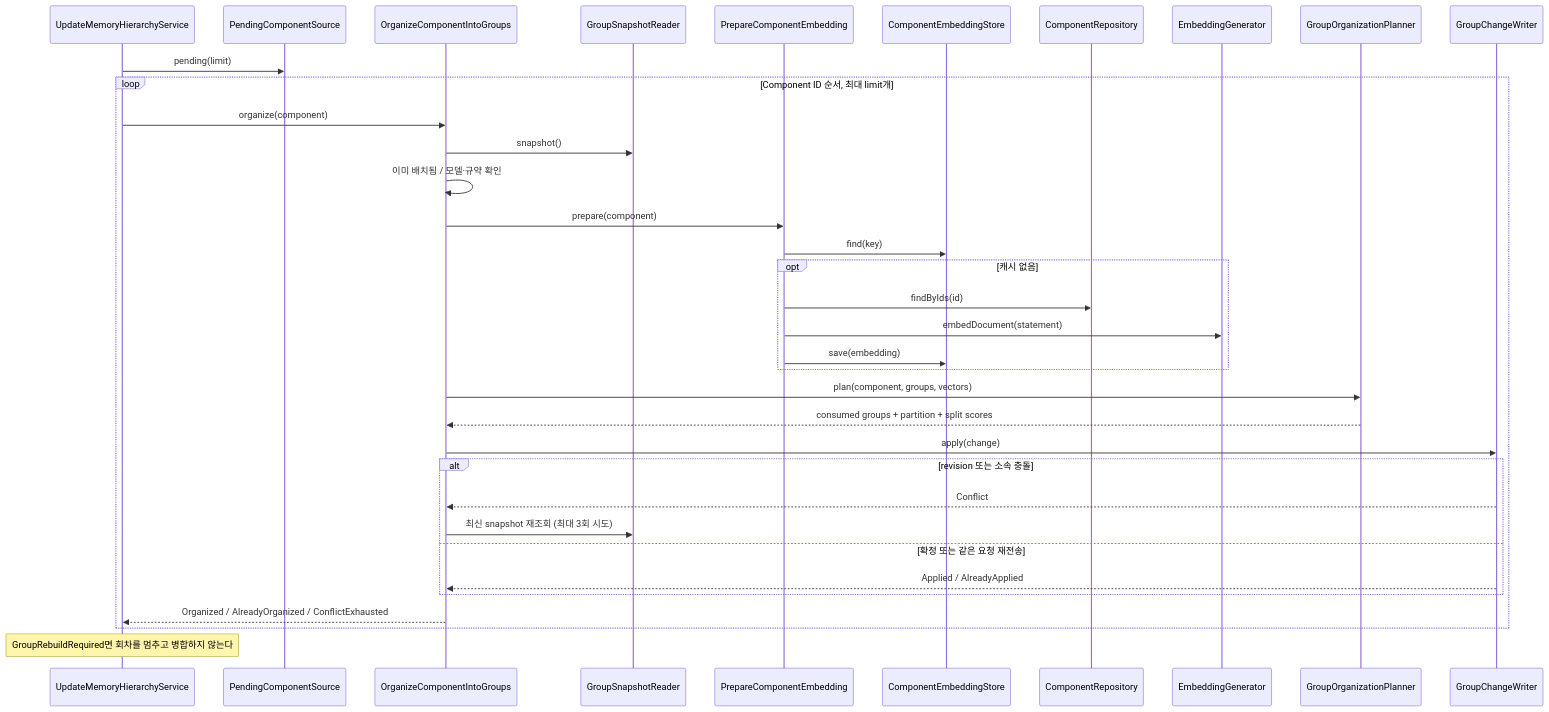
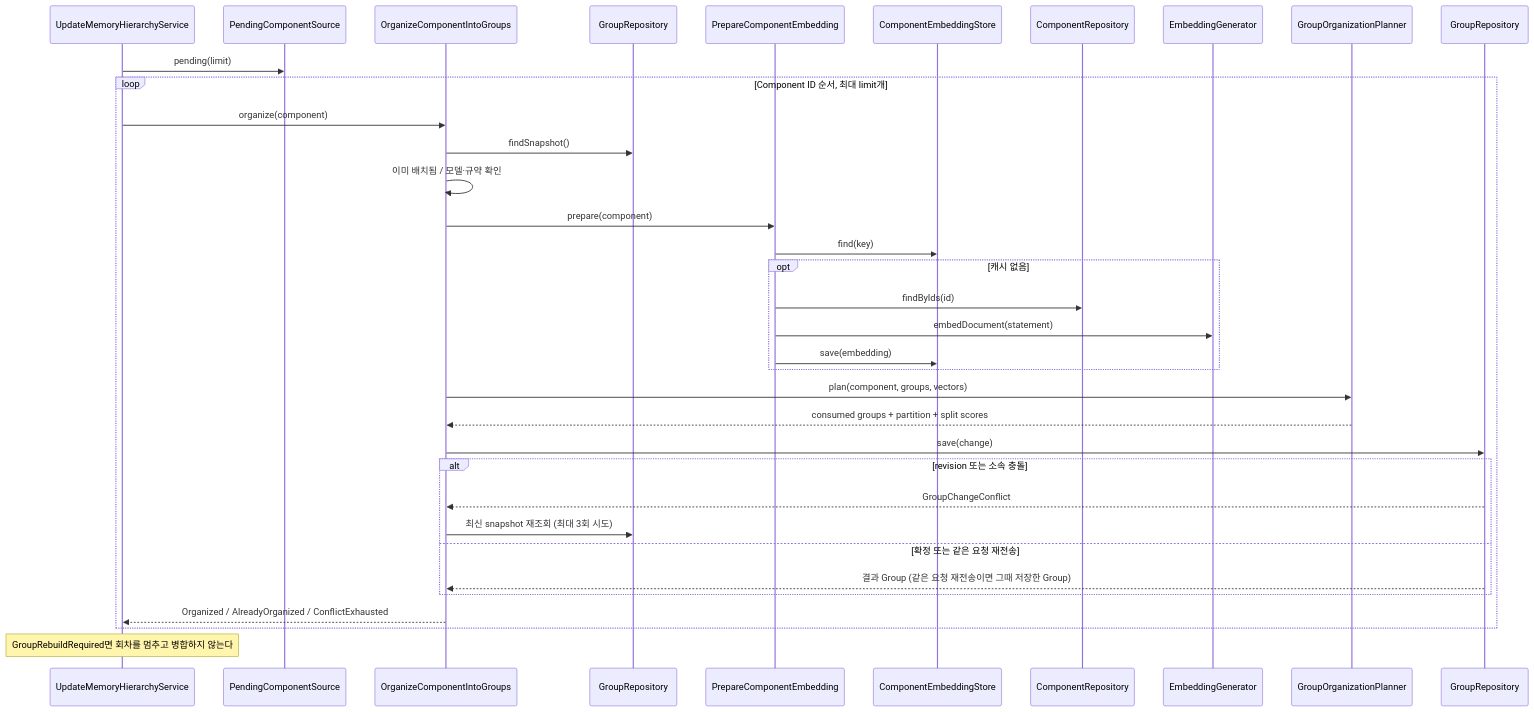
One commit to magenta1223/home_assistant changed the diagram in application/src/main/kotlin/com/homeassistant/application/usecase/memoryextraction/group/README.md. Above: the diagram before and after it, drawn with Mermaid. The commit also changed 19 other files, not shown here.

First line of the commit message:
refactor: Merge group reader and writer into GroupRepository

````diff
--- a/application/src/main/kotlin/com/homeassistant/application/usecase/memoryextraction/group/README.md
+++ b/application/src/main/kotlin/com/homeassistant/application/usecase/memoryextraction/group/README.md
@@ -14,37 +14,37 @@
 ```mermaid
 sequenceDiagram
     participant Update as UpdateMemoryHierarchyService
     participant Pending as PendingComponentSource
     participant One as OrganizeComponentIntoGroups
-    participant Snapshots as GroupSnapshotReader
+    participant Snapshots as GroupRepository
     participant Embedding as PrepareComponentEmbedding
     participant Cache as ComponentEmbeddingStore
     participant Components as ComponentRepository
     participant Generator as EmbeddingGenerator
     participant Policy as GroupOrganizationPlanner
-    participant Writer as GroupChangeWriter
+    participant Writer as GroupRepository
     Update->>Pending: pending(limit)
     loop Component ID 순서, 최대 limit개
         Update->>One: organize(component)
-        One->>Snapshots: snapshot()
+        One->>Snapshots: findSnapshot()
         One->>One: 이미 배치됨 / 모델·규약 확인
         One->>Embedding: prepare(component)
         Embedding->>Cache: find(key)
         opt 캐시 없음
             Embedding->>Components: findByIds(id)
             Embedding->>Generator: embedDocument(statement)
             Embedding->>Cache: save(embedding)
         end
         One->>Policy: plan(component, groups, vectors)
         Policy-->>One: consumed groups + partition + split scores
-        One->>Writer: apply(change)
+        One->>Writer: save(change)
         alt revision 또는 소속 충돌
-            Writer-->>One: Conflict
+            Writer-->>One: GroupChangeConflict
             One->>Snapshots: 최신 snapshot 재조회 (최대 3회 시도)
         else 확정 또는 같은 요청 재전송
-            Writer-->>One: Applied / AlreadyApplied
+            Writer-->>One: 결과 Group (같은 요청 재전송이면 그때 저장한 Group)
         end
         One-->>Update: Organized / AlreadyOrganized / ConflictExhausted
     end
     Note over Update: GroupRebuildRequired면 회차를 멈추고 병합하지 않는다
 ```
````
